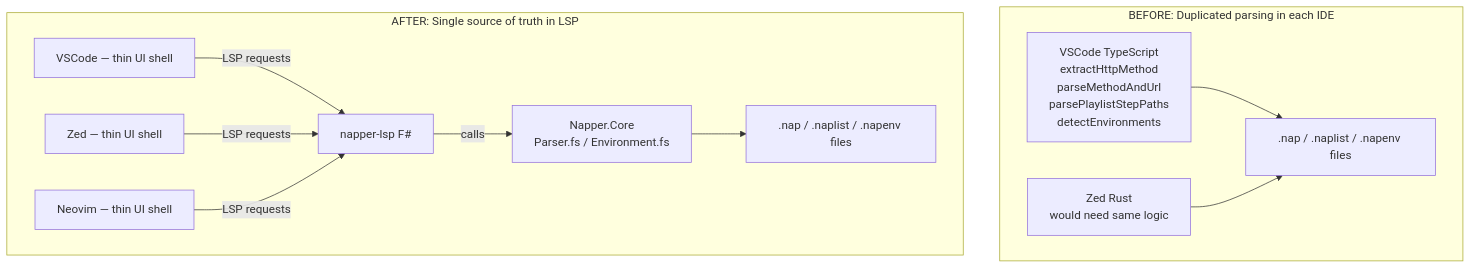
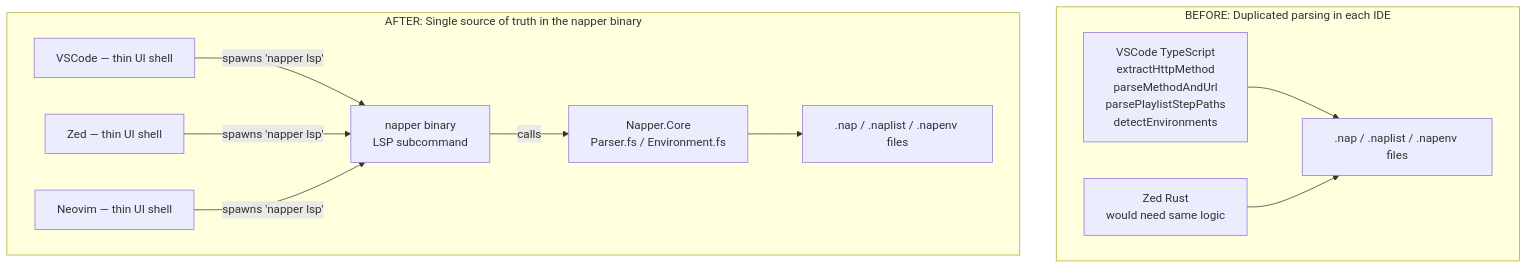
Before and after one commit to MelbourneDeveloper/napper: the second of 3 diagrams in docs/plans/LSP-PLAN.md, drawn with Mermaid. The commit also changed other lines of this file and 6 other files, not shown here.

````diff
--- a/docs/plans/LSP-PLAN.md
+++ b/docs/plans/LSP-PLAN.md
@@ -61,15 +63,15 @@
 ```mermaid
 graph TB
     subgraph "BEFORE: Duplicated parsing in each IDE"
         VS_TS[VSCode TypeScript<br/>extractHttpMethod<br/>parseMethodAndUrl<br/>parsePlaylistStepPaths<br/>detectEnvironments] --> FILES[.nap / .naplist / .napenv files]
         ZED_RS[Zed Rust<br/>would need same logic] --> FILES
     end
 
-    subgraph "AFTER: Single source of truth in LSP"
-        VS2[VSCode — thin UI shell] -->|LSP requests| LSP[napper-lsp F#]
-        ZED2[Zed — thin UI shell] -->|LSP requests| LSP
-        NV2[Neovim — thin UI shell] -->|LSP requests| LSP
-        LSP -->|calls| CORE[Napper.Core<br/>Parser.fs / Environment.fs]
+    subgraph "AFTER: Single source of truth in the napper binary"
+        VS2[VSCode — thin UI shell] -->|spawns 'napper lsp'| NAPPER[napper binary<br/>LSP subcommand]
+        ZED2[Zed — thin UI shell] -->|spawns 'napper lsp'| NAPPER
+        NV2[Neovim — thin UI shell] -->|spawns 'napper lsp'| NAPPER
+        NAPPER -->|calls| CORE[Napper.Core<br/>Parser.fs / Environment.fs]
         CORE --> FILES2[.nap / .naplist / .napenv files]
     end
 ```
````
